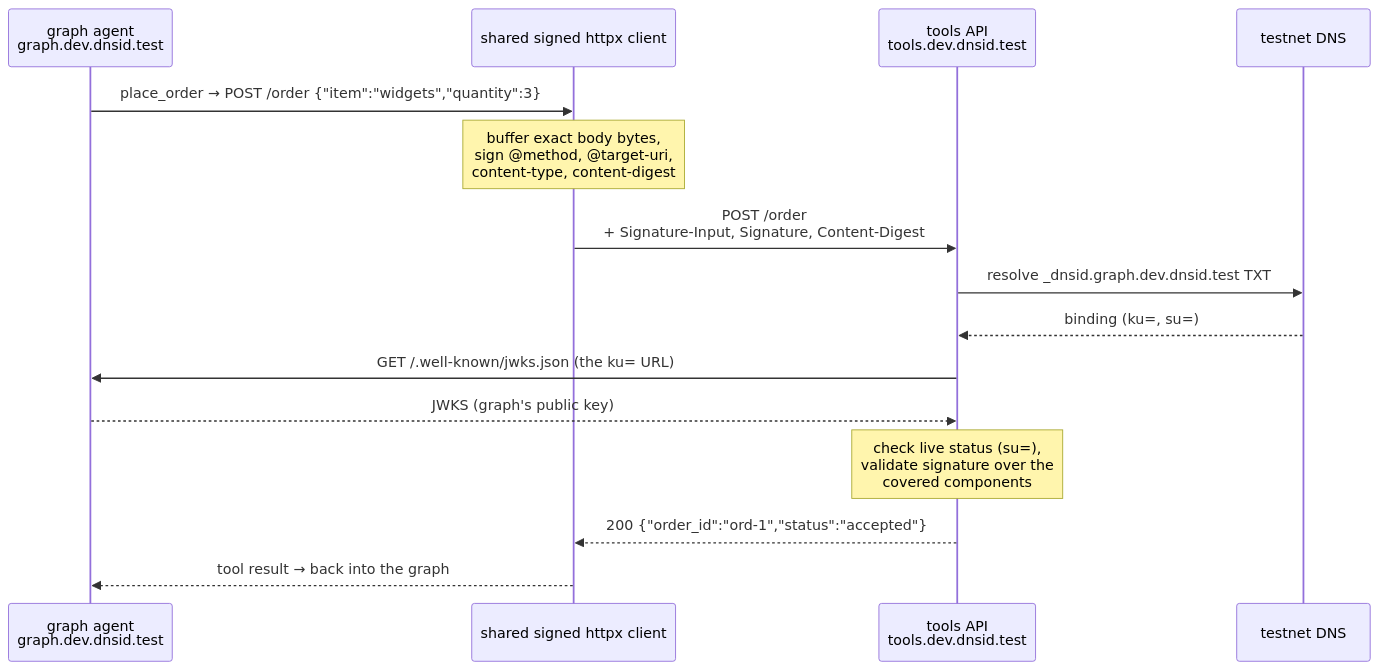
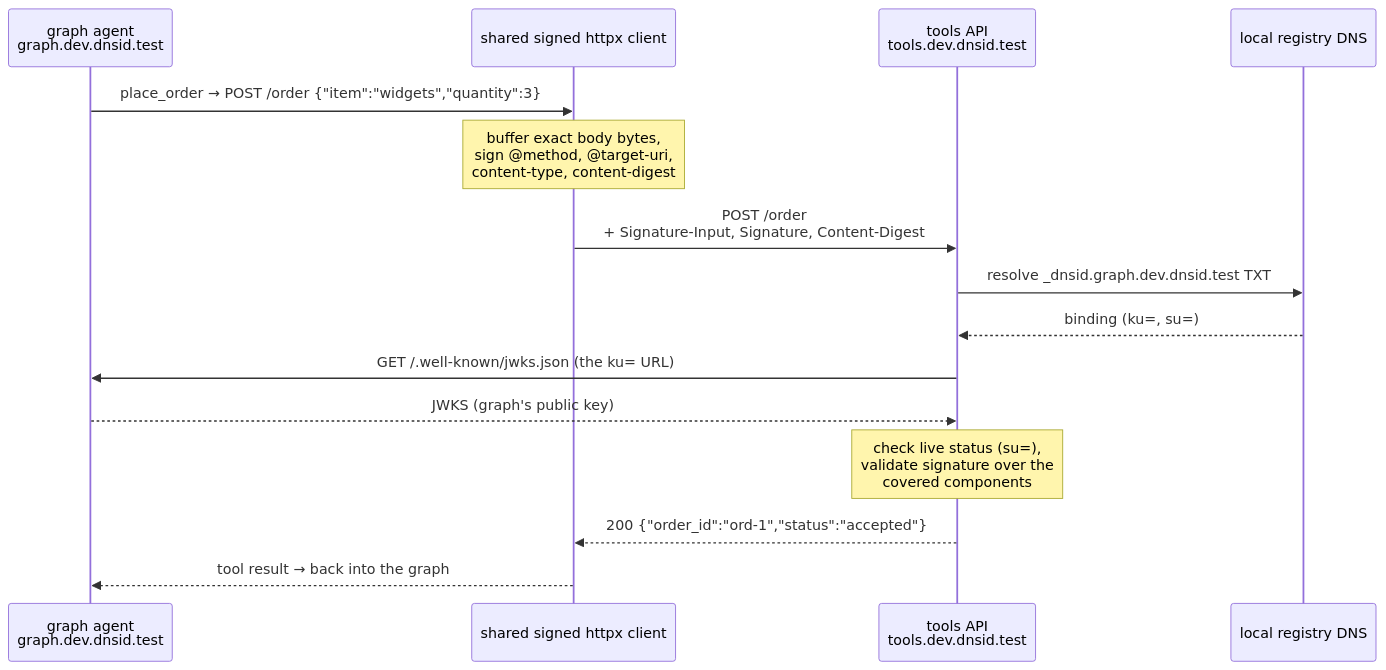
Before and after one commit to dnsid-ai/dnsid-cookbook: the diagram in recipes/31-langgraph-dnsid-agent/README.md, drawn with Mermaid. The commit also changed other lines of this file and 39 other files, not shown here.

````diff
--- a/recipes/31-langgraph-dnsid-agent/README.md
+++ b/recipes/31-langgraph-dnsid-agent/README.md
@@ -97,18 +97,18 @@
 ```mermaid
 sequenceDiagram
     participant G as graph agent<br/>graph.dev.dnsid.test
     participant C as shared signed httpx client
     participant T as tools API<br/>tools.dev.dnsid.test
-    participant D as testnet DNS
+    participant D as local registry DNS
 
     G->>C: place_order → POST /order {"item":"widgets","quantity":3}
     Note over C: buffer exact body bytes,<br/>sign @method, @target-uri,<br/>content-type, content-digest
     C->>T: POST /order<br/>+ Signature-Input, Signature, Content-Digest
     T->>D: resolve _dnsid.graph.dev.dnsid.test TXT
     D-->>T: binding (ku=, su=)
     T->>G: GET /.well-known/jwks.json (the ku= URL)
     G-->>T: JWKS (graph's public key)
     Note over T: check live status (su=),<br/>validate signature over the<br/>covered components
     T-->>C: 200 {"order_id":"ord-1","status":"accepted"}
     C-->>G: tool result → back into the graph
 ```
````
